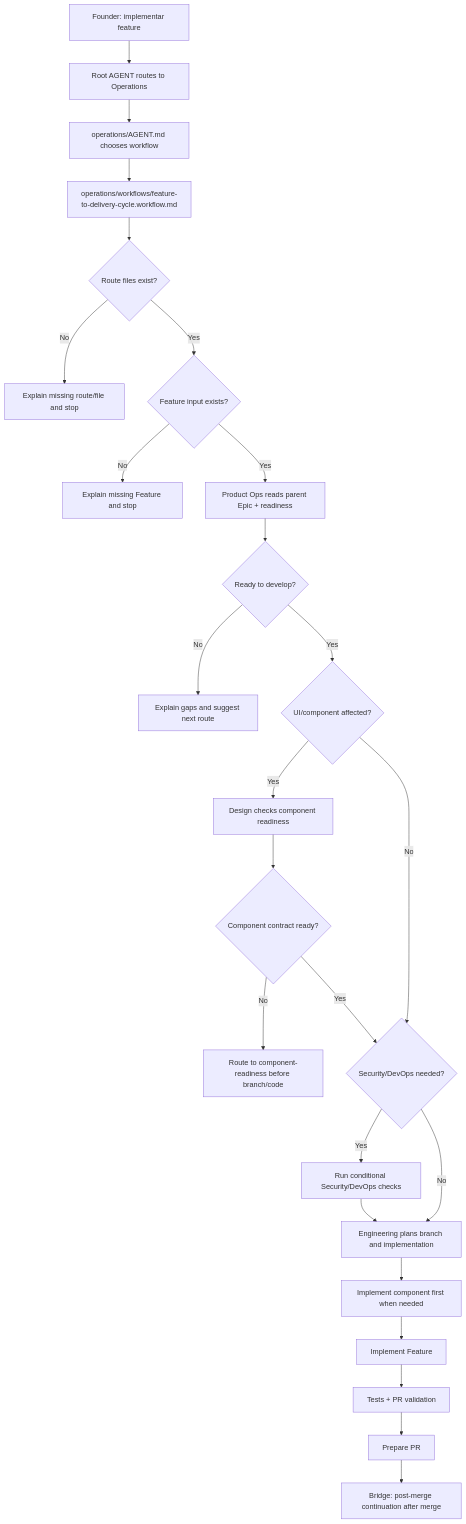
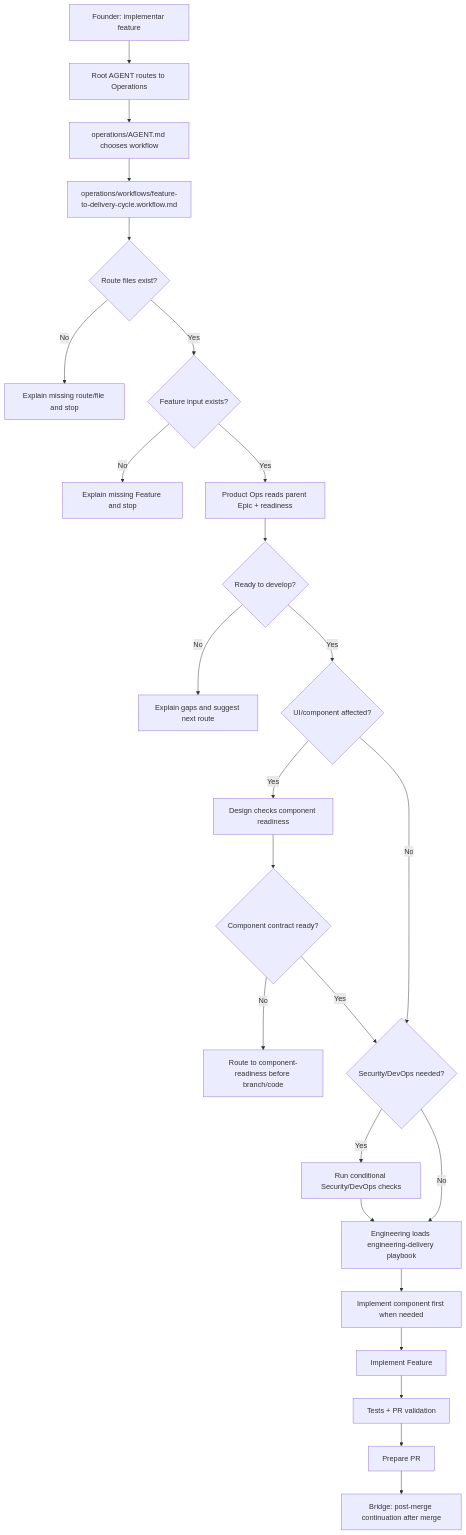
Before and after one commit to desousajhonny/leanOS: the diagram in docs/framework/founder-journeys/feature-to-delivery-cycle.md, drawn with Mermaid. The commit also changed other lines of this file and 4 other files, not shown here.

Commit message:
Route feature delivery into engineering delivery

````diff
--- a/docs/framework/founder-journeys/feature-to-delivery-cycle.md
+++ b/docs/framework/founder-journeys/feature-to-delivery-cycle.md
@@ -14,41 +14,41 @@
 ```mermaid
 flowchart TD
   A["Founder: implementar feature"]
   B["Root AGENT routes to Operations"]
   C["operations/AGENT.md chooses workflow"]
   D["operations/workflows/feature-to-delivery-cycle.workflow.md"]
   E{"Route files exist?"}
   F["Explain missing route/file and stop"]
   G{"Feature input exists?"}
   H["Explain missing Feature and stop"]
   I["Product Ops reads parent Epic + readiness"]
   J{"Ready to develop?"}
   K["Explain gaps and suggest next route"]
   L{"UI/component affected?"}
   M["Design checks component readiness"]
   N{"Component contract ready?"}
   O["Route to component-readiness before branch/code"]
   P{"Security/DevOps needed?"}
   Q["Run conditional Security/DevOps checks"]
-  R["Engineering plans branch and implementation"]
+  R["Engineering loads engineering-delivery playbook"]
   S["Implement component first when needed"]
   T["Implement Feature"]
   U["Tests + PR validation"]
   V["Prepare PR"]
   W["Bridge: post-merge continuation after merge"]
 
   A --> B --> C --> D --> E
   E -->|No| F
   E -->|Yes| G
   G -->|No| H
   G -->|Yes| I --> J
   J -->|No| K
   J -->|Yes| L
   L -->|Yes| M --> N
   N -->|No| O
   N -->|Yes| P
   L -->|No| P
   P -->|Yes| Q --> R
   P -->|No| R
   R --> S --> T --> U --> V --> W
 ```
````
